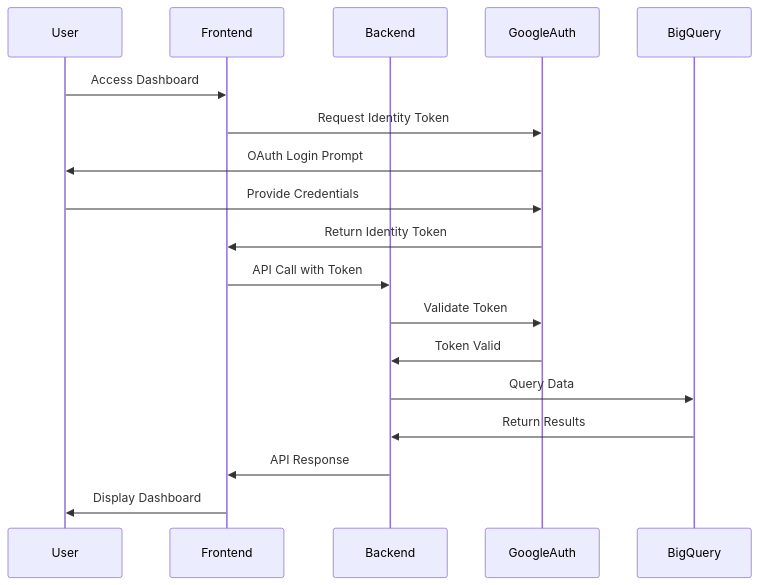
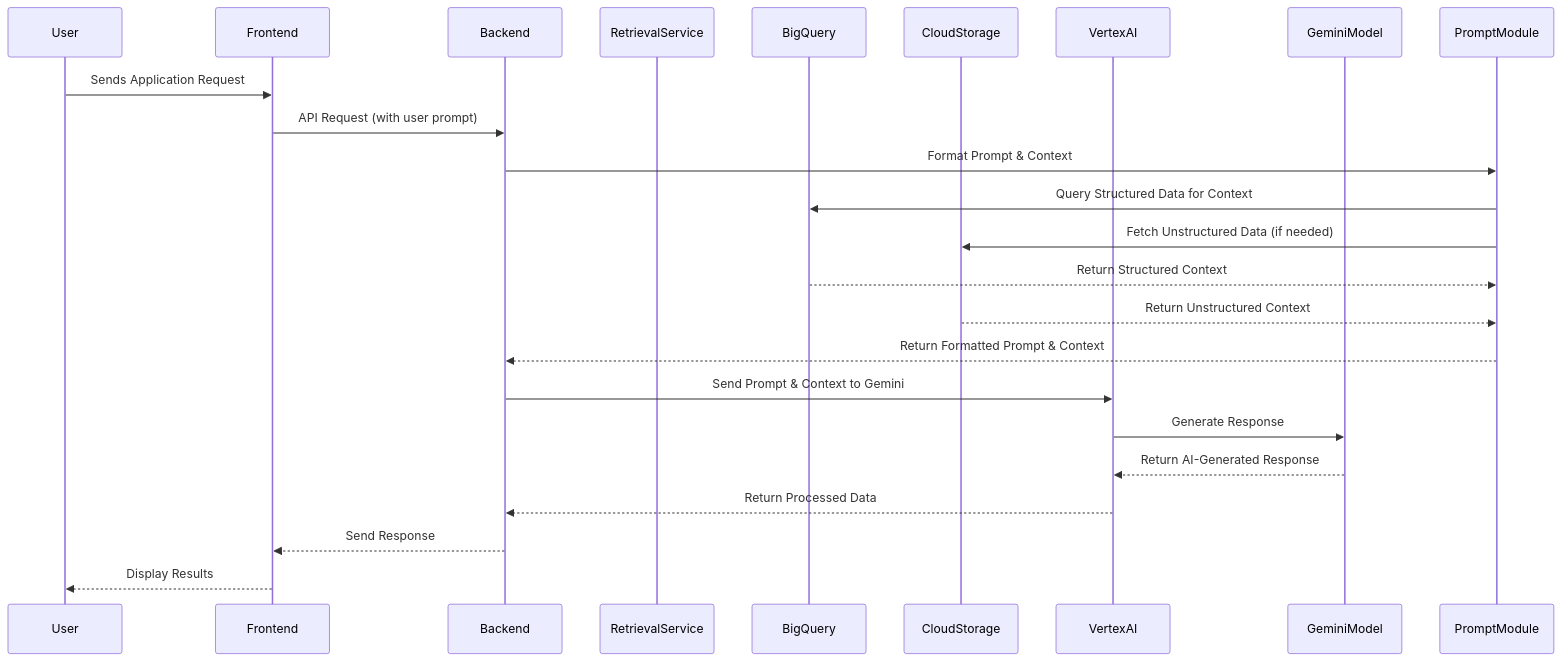
The diagram in README.md (soniachanda12-netizen/wealth_hackathon), drawn with Mermaid before and after one commit. The commit also changed other lines of this file and 49 other files, not shown here.

````diff
--- a/README.md
+++ b/README.md
@@ -277,21 +16,26 @@
 ```mermaid
 sequenceDiagram
     participant User
     participant Frontend
     participant Backend
-    participant GoogleAuth
+    participant RetrievalService
     participant BigQuery
-    
-    User->>Frontend: Access Dashboard
-    Frontend->>GoogleAuth: Request Identity Token
-    GoogleAuth->>User: OAuth Login Prompt
-    User->>GoogleAuth: Provide Credentials
-    GoogleAuth->>Frontend: Return Identity Token
-    Frontend->>Backend: API Call with Token
-    Backend->>GoogleAuth: Validate Token
-    GoogleAuth->>Backend: Token Valid
-    Backend->>BigQuery: Query Data
-    BigQuery->>Backend: Return Results
-    Backend->>Frontend: API Response
-    Frontend->>User: Display Dashboard
+    participant CloudStorage
+    participant VertexAI
+    participant GeminiModel
+
+    User->>Frontend: Sends Application Request
+    Frontend->>Backend: API Request (with user prompt)
+    Backend->>PromptModule: Format Prompt & Context
+    PromptModule->>BigQuery: Query Structured Data for Context
+    PromptModule->>CloudStorage: Fetch Unstructured Data (if needed)
+    BigQuery-->>PromptModule: Return Structured Context
+    CloudStorage-->>PromptModule: Return Unstructured Context
+    PromptModule-->>Backend: Return Formatted Prompt & Context
+    Backend->>VertexAI: Send Prompt & Context to Gemini
+    VertexAI->>GeminiModel: Generate Response
+    GeminiModel-->>VertexAI: Return AI-Generated Response
+    VertexAI-->>Backend: Return Processed Data
+    Backend-->>Frontend: Send Response
+    Frontend-->>User: Display Results
 ```
````
